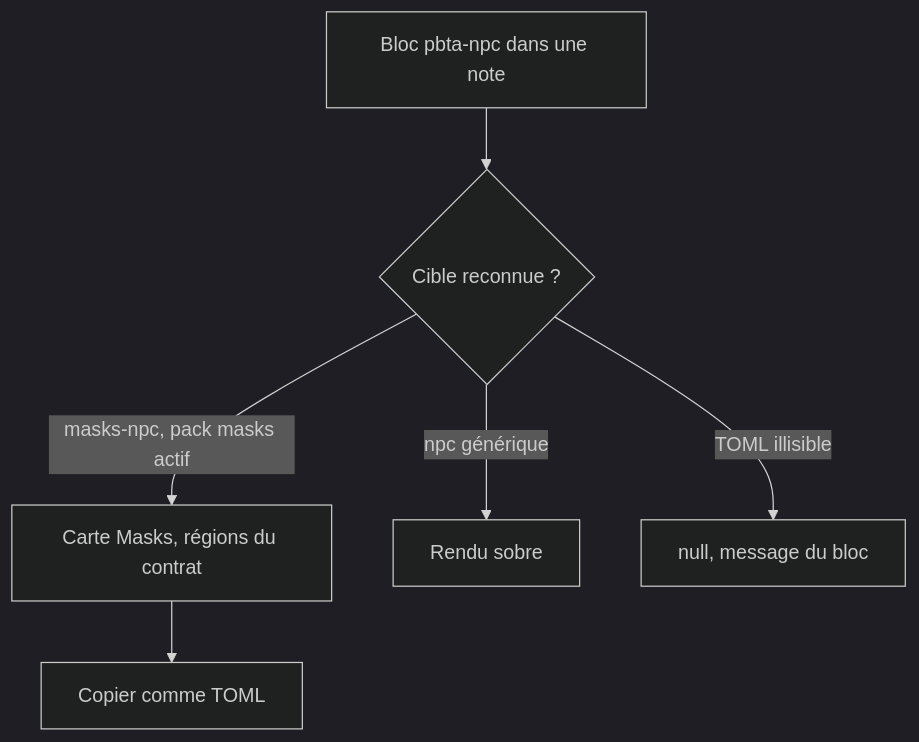
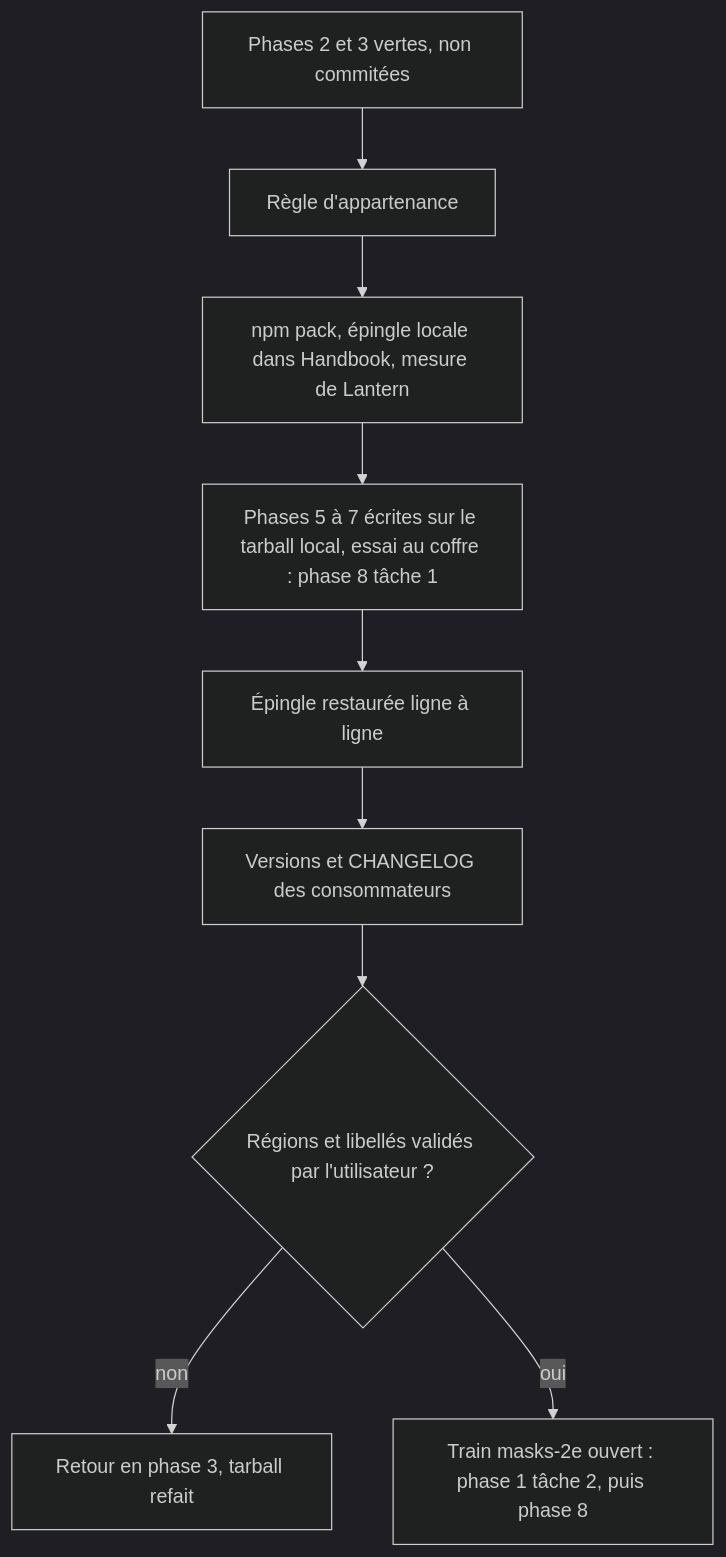
Before and after one commit to RebelliousSmile/obsidian-handbook: the first of 2 diagrams in aidd_docs/tasks/2026_10/2026_10_07_masks-2e-integration/phase-4.md, drawn with Mermaid (dark theme). The commit also changed other lines of this file and 39 other files, not shown here.

````diff
--- a/aidd_docs/tasks/2026_10/2026_10_07_masks-2e-integration/phase-4.md
+++ b/aidd_docs/tasks/2026_10/2026_10_07_masks-2e-integration/phase-4.md
@@ -42,8 +42,11 @@
 ```mermaid
 flowchart TD
-  A[Bloc pbta-npc dans une note] --> B{Cible reconnue ?}
-  B -->|masks-npc, pack masks actif| C[Carte Masks, régions du contrat]
-  B -->|npc générique| D[Rendu sobre]
-  B -->|TOML illisible| E[null, message du bloc]
-  C --> F[Copier comme TOML]
+  A[Phases 2 et 3 vertes, non commitées] --> B[Règle d'appartenance]
+  B --> C[npm pack, épingle locale dans Handbook, mesure de Lantern]
+  C --> P[Phases 5 à 7 écrites sur le tarball local, essai au coffre : phase 8 tâche 1]
+  P --> S[Épingle restaurée ligne à ligne]
+  S --> D[Versions et CHANGELOG des consommateurs]
+  D --> E{Régions et libellés validés par l'utilisateur ?}
+  E -->|non| F[Retour en phase 3, tarball refait]
+  E -->|oui| G[Train masks-2e ouvert : phase 1 tâche 2, puis phase 8]
 ```
````
